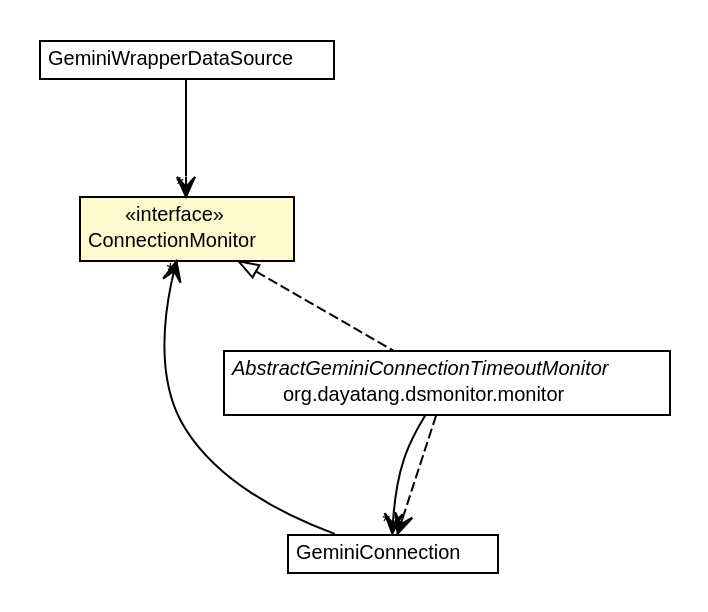
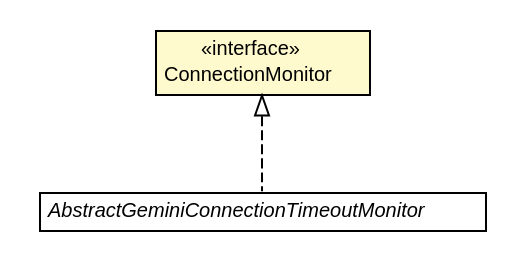
Before and after one commit to dayatang/dddlib: the diagram in dddlib-datasource-monitor/apidocs/org/dayatang/dsmonitor/ConnectionMonitor.dot, drawn with Graphviz. The commit also changed 154 other files, not shown here.

```diff
--- a/dddlib-datasource-monitor/apidocs/org/dayatang/dsmonitor/ConnectionMonitor.dot
+++ b/dddlib-datasource-monitor/apidocs/org/dayatang/dsmonitor/ConnectionMonitor.dot
@@ -1,48 +1,27 @@
 #!/usr/local/bin/dot
 #
 # Class diagram 
 # Generated by UMLGraph version R5_6_6-8-g8d7759 (http://www.umlgraph.org/)
 #
 
 digraph G {
 	edge [fontname="Helvetica",fontsize=10,labelfontname="Helvetica",labelfontsize=10];
 	node [fontname="Helvetica",fontsize=10,shape=plaintext];
 	nodesep=0.25;
 	ranksep=0.5;
-	// org.dayatang.dsmonitor.GeminiWrapperDataSource
-	c57 [label=<<table title="org.dayatang.dsmonitor.GeminiWrapperDataSource" border="0" cellborder="1" cellspacing="0" cellpadding="2" port="p" href="./GeminiWrapperDataSource.html">
-		<tr><td><table border="0" cellspacing="0" cellpadding="1">
-<tr><td align="center" balign="center"> GeminiWrapperDataSource </td></tr>
-		</table></td></tr>
-		</table>>, URL="./GeminiWrapperDataSource.html", fontname="Helvetica", fontcolor="black", fontsize=10.0];
-	// org.dayatang.dsmonitor.GeminiConnection
-	c58 [label=<<table title="org.dayatang.dsmonitor.GeminiConnection" border="0" cellborder="1" cellspacing="0" cellpadding="2" port="p" href="./GeminiConnection.html">
-		<tr><td><table border="0" cellspacing="0" cellpadding="1">
-<tr><td align="center" balign="center"> GeminiConnection </td></tr>
-		</table></td></tr>
-		</table>>, URL="./GeminiConnection.html", fontname="Helvetica", fontcolor="black", fontsize=10.0];
 	// org.dayatang.dsmonitor.ConnectionMonitor
-	c61 [label=<<table title="org.dayatang.dsmonitor.ConnectionMonitor" border="0" cellborder="1" cellspacing="0" cellpadding="2" port="p" bgcolor="lemonChiffon" href="./ConnectionMonitor.html">
+	c34 [label=<<table title="org.dayatang.dsmonitor.ConnectionMonitor" border="0" cellborder="1" cellspacing="0" cellpadding="2" port="p" bgcolor="lemonChiffon" href="./ConnectionMonitor.html">
 		<tr><td><table border="0" cellspacing="0" cellpadding="1">
 <tr><td align="center" balign="center"> &#171;interface&#187; </td></tr>
 <tr><td align="center" balign="center"> ConnectionMonitor </td></tr>
 		</table></td></tr>
 		</table>>, URL="./ConnectionMonitor.html", fontname="Helvetica", fontcolor="black", fontsize=10.0];
 	// org.dayatang.dsmonitor.monitor.AbstractGeminiConnectionTimeoutMonitor
-	c63 [label=<<table title="org.dayatang.dsmonitor.monitor.AbstractGeminiConnectionTimeoutMonitor" border="0" cellborder="1" cellspacing="0" cellpadding="2" port="p" href="./monitor/AbstractGeminiConnectionTimeoutMonitor.html">
+	c36 [label=<<table title="org.dayatang.dsmonitor.monitor.AbstractGeminiConnectionTimeoutMonitor" border="0" cellborder="1" cellspacing="0" cellpadding="2" port="p" href="./monitor/AbstractGeminiConnectionTimeoutMonitor.html">
 		<tr><td><table border="0" cellspacing="0" cellpadding="1">
 <tr><td align="center" balign="center"><font face="Helvetica-Oblique"> AbstractGeminiConnectionTimeoutMonitor </font></td></tr>
-<tr><td align="center" balign="center"> org.dayatang.dsmonitor.monitor </td></tr>
 		</table></td></tr>
 		</table>>, URL="./monitor/AbstractGeminiConnectionTimeoutMonitor.html", fontname="Helvetica", fontcolor="black", fontsize=10.0];
 	//org.dayatang.dsmonitor.monitor.AbstractGeminiConnectionTimeoutMonitor implements org.dayatang.dsmonitor.ConnectionMonitor
-	c61:p -> c63:p [dir=back,arrowtail=empty,style=dashed];
-	// org.dayatang.dsmonitor.GeminiWrapperDataSource NAVASSOC org.dayatang.dsmonitor.ConnectionMonitor
-	c57:p -> c61:p [taillabel="", label=" "headlabel="*", fontname="Helvetica", fontcolor="black", fontsize=10.0, color="black", arrowhead=open];
-	// org.dayatang.dsmonitor.GeminiConnection NAVASSOC org.dayatang.dsmonitor.ConnectionMonitor
-	c58:p -> c61:p [taillabel="", label=" "headlabel="*", fontname="Helvetica", fontcolor="black", fontsize=10.0, color="black", arrowhead=open];
-	// org.dayatang.dsmonitor.monitor.AbstractGeminiConnectionTimeoutMonitor NAVASSOC org.dayatang.dsmonitor.GeminiConnection
-	c63:p -> c58:p [taillabel="", label=" "headlabel="*", fontname="Helvetica", fontcolor="black", fontsize=10.0, color="black", arrowhead=open];
-	// org.dayatang.dsmonitor.monitor.AbstractGeminiConnectionTimeoutMonitor DEPEND org.dayatang.dsmonitor.GeminiConnection
-	c63:p -> c58:p [taillabel="", label=" "headlabel="", fontname="Helvetica", fontcolor="black", fontsize=10.0, color="black", arrowhead=open, style=dashed];
+	c34:p -> c36:p [dir=back,arrowtail=empty,style=dashed];
 }
```
